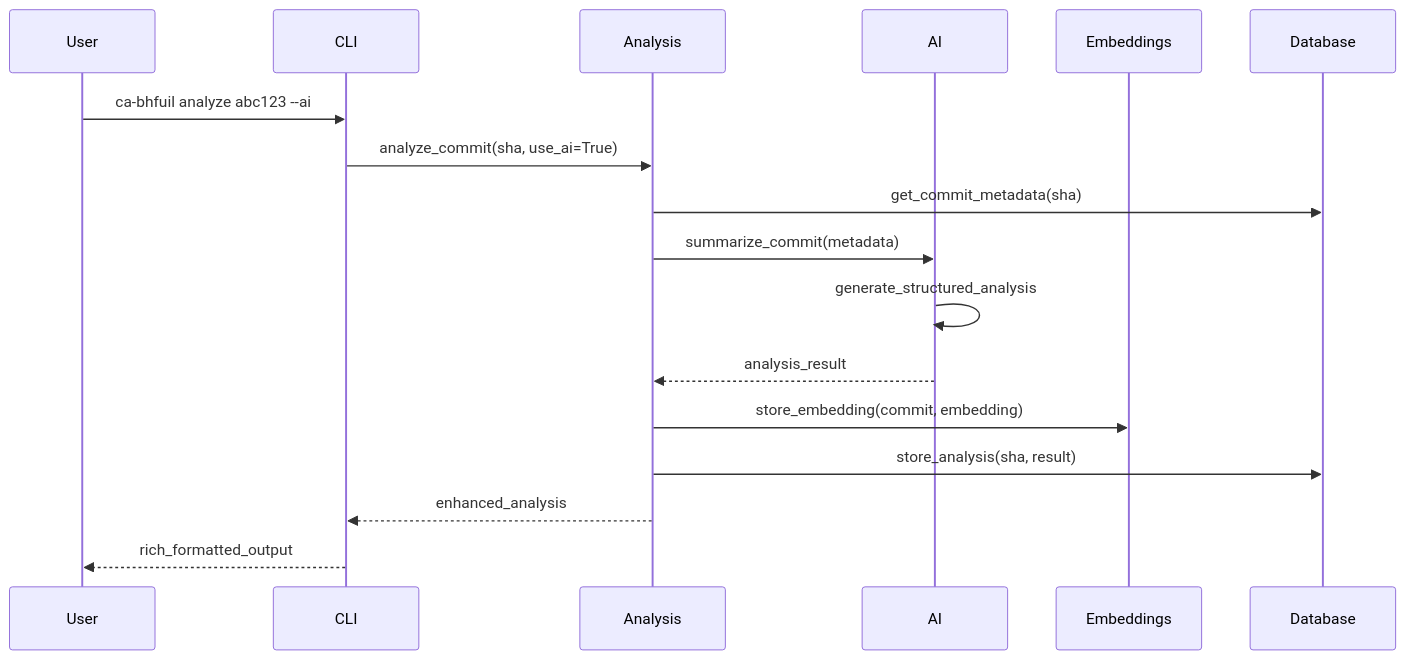
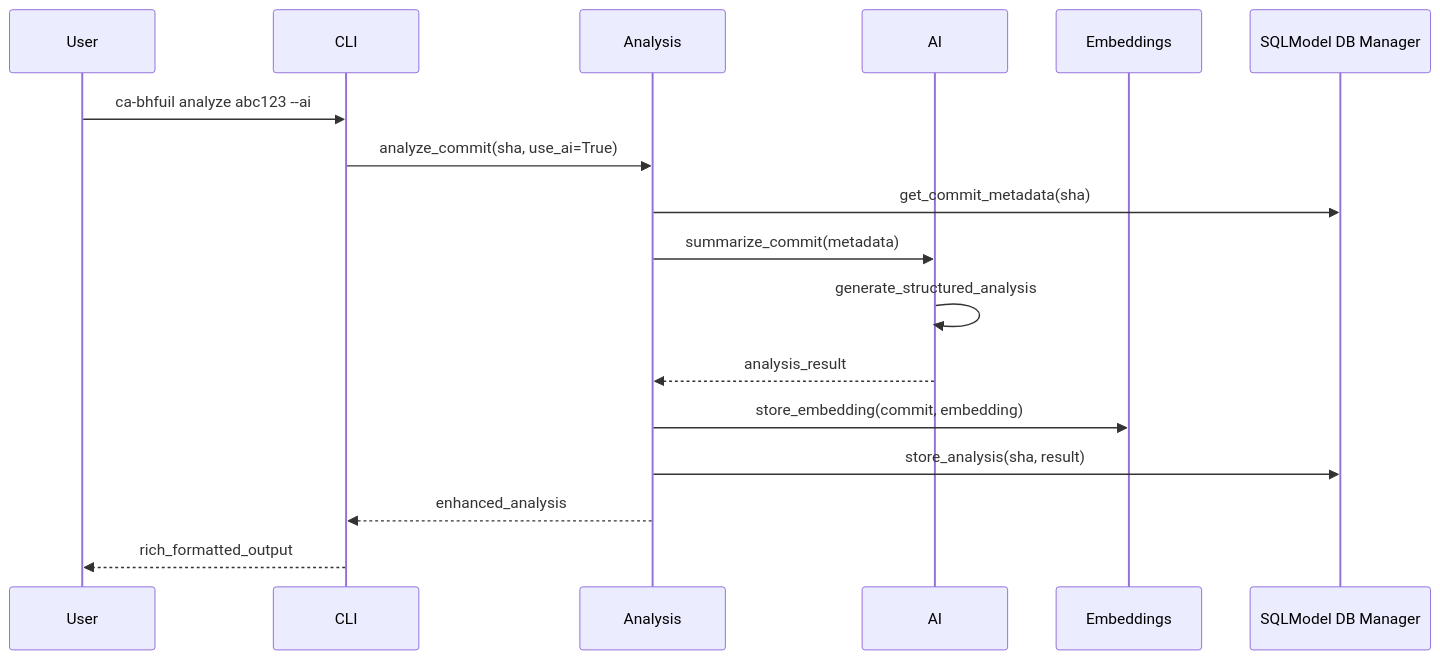
Before and after one commit to SeanMooney/ca-bhfuil: the third of 3 diagrams in docs/contributor/design/architecture-overview.md, drawn with Mermaid. The commit also changed other lines of this file and 4 other files, not shown here.

````diff
--- a/docs/contributor/design/architecture-overview.md
+++ b/docs/contributor/design/architecture-overview.md
@@ -213,20 +215,20 @@
 ```mermaid
 sequenceDiagram
     participant User
     participant CLI
     participant Analysis
     participant AI
     participant Embeddings
-    participant Database
+    participant DBManager as SQLModel DB Manager
 
     User->>CLI: ca-bhfuil analyze abc123 --ai
     CLI->>Analysis: analyze_commit(sha, use_ai=True)
-    Analysis->>Database: get_commit_metadata(sha)
+    Analysis->>DBManager: get_commit_metadata(sha)
     Analysis->>AI: summarize_commit(metadata)
     AI->>AI: generate_structured_analysis
     AI-->>Analysis: analysis_result
     Analysis->>Embeddings: store_embedding(commit, embedding)
-    Analysis->>Database: store_analysis(sha, result)
+    Analysis->>DBManager: store_analysis(sha, result)
     Analysis-->>CLI: enhanced_analysis
     CLI-->>User: rich_formatted_output
 ```
````
